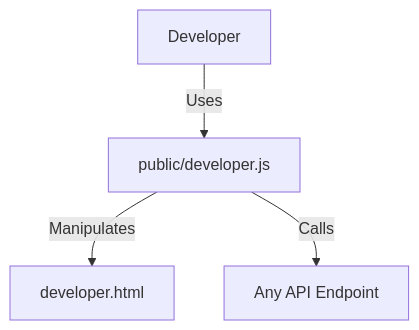
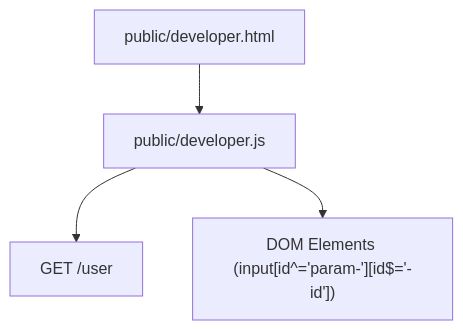
One commit to prankster-freedom/ToyBox changed the diagram in doc/3.implementation/public/developer.js.md. Above: the diagram before and after it, drawn with Mermaid. The commit also changed other lines of this file and 10 other files, not shown here.

````diff
--- a/doc/3.implementation/public/developer.js.md
+++ b/doc/3.implementation/public/developer.js.md
@@ -10,9 +9,10 @@
 ```mermaid
 flowchart TD
-    %% Dependencies
-    devScript["public/developer.js"] -->|Manipulates| dom["developer.html"]
-    devScript -->|Calls| anyAPI["Any API Endpoint"]
+    Current["public/developer.js"]
+    API_User["GET /user"]
+    DOM["DOM Elements (input[id^='param-'][id$='-id'])"]
 
-    %% Consumers
-    developer["Developer"] -->|Uses| devScript
+    Current --> API_User
+    Current --> DOM
+    Consumer["public/developer.html"] --> Current
 ```
````
